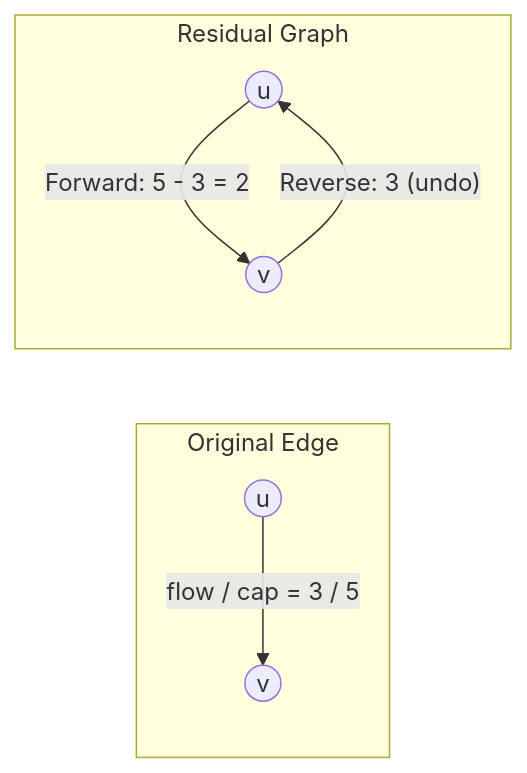
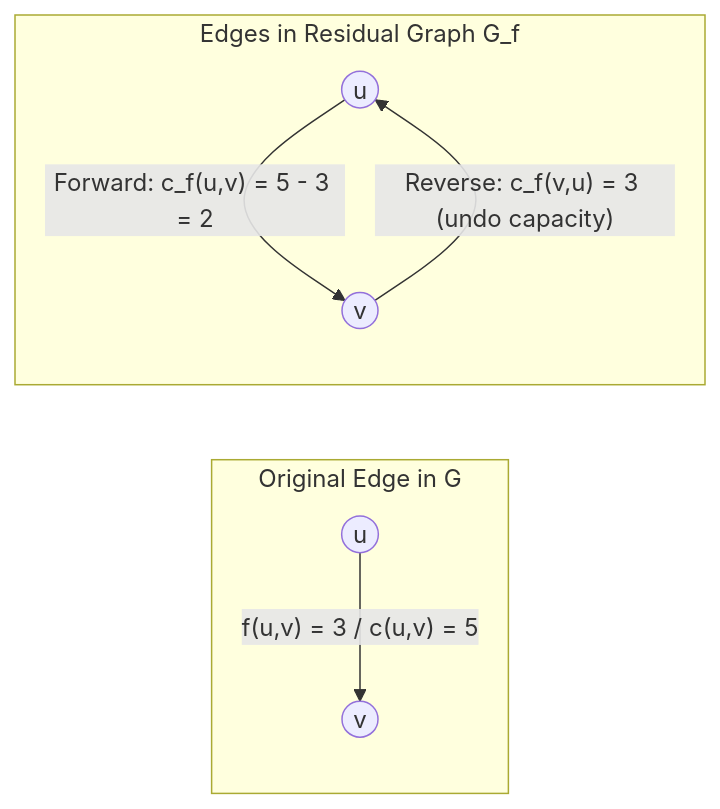
Before and after one commit to SMTEmon/2-2: the second of 5 diagrams in Algo/Final/Max Flow.md, drawn with Mermaid. The commit also changed other lines of this file and 6 other files, not shown here.

````diff
--- a/Algo/Final/Max Flow.md
+++ b/Algo/Final/Max Flow.md
@@ -98,11 +121,11 @@
 ```mermaid
 flowchart LR
-    subgraph Original Edge
-    u1(("u")) -->|"flow / cap = 3 / 5"| v1(("v"))
+    subgraph Original Edge in G
+    u1(("u")) -->|"f(u,v) = 3 / c(u,v) = 5"| v1(("v"))
     end
     
-    subgraph Residual Graph
-    u2(("u")) -->|"Forward: 5 - 3 = 2"| v2(("v"))
-    v2 -->|"Reverse: 3 (undo)"| u2
+    subgraph Edges in Residual Graph G_f
+    u2(("u")) -->|"Forward: c_f(u,v) = 5 - 3 = 2"| v2(("v"))
+    v2 -->|"Reverse: c_f(v,u) = 3 (undo capacity)"| u2
     end
 ```
````
